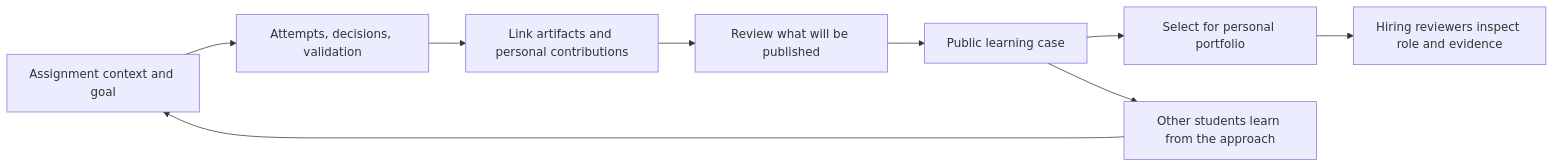
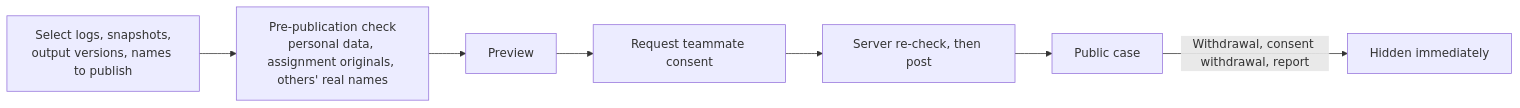
Before and after one commit to polynomeer/peerchive: the third of 3 diagrams in docs/PROOFU_EVOLUTION_PLAN.en.md, drawn with Mermaid. The commit also changed other lines of this file and 10 other files, not shown here.

````diff
--- a/docs/PROOFU_EVOLUTION_PLAN.en.md
+++ b/docs/PROOFU_EVOLUTION_PLAN.en.md
@@ -63,11 +362,9 @@
 ```mermaid
 flowchart LR
-    A[Assignment context and goal] --> B[Attempts, decisions, validation]
-    B --> C[Link artifacts and personal contributions]
-    C --> D[Review what will be published]
-    D --> E[Public learning case]
-    E --> F[Select for personal portfolio]
-    E --> G[Other students learn from the approach]
-    F --> H[Hiring reviewers inspect role and evidence]
-    G --> A
+    A[Select logs, snapshots,<br/>output versions, names to publish] --> B[Pre-publication check<br/>personal data, assignment originals, others' real names]
+    B --> C[Preview]
+    C --> D[Request teammate consent]
+    D --> E[Server re-check, then post]
+    E --> F[Public case]
+    F -->|Withdrawal, consent withdrawal, report| G[Hidden immediately]
 ```
````
